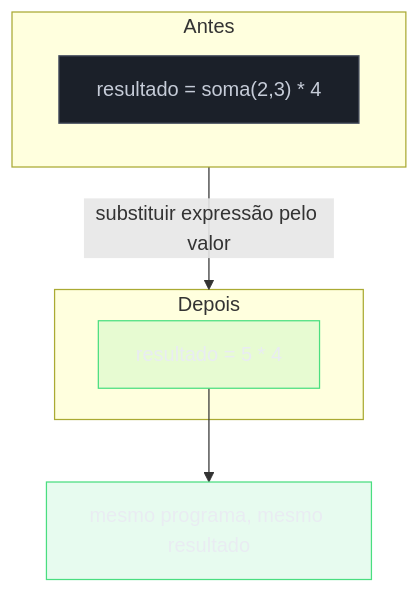
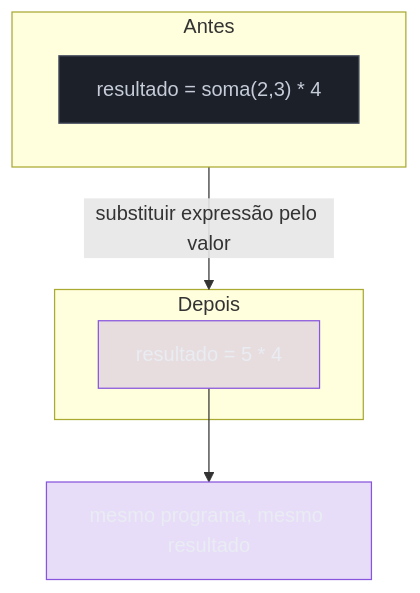
Before and after one commit to josenaldo/codex-technomanticus: the third of 4 diagrams in 03-Dominios/Ciência/Paradigmas/07 - Funções puras e efeitos colaterais.md, drawn with Mermaid. The commit also changed other lines of this file and 601 other files, not shown here.

````diff
--- a/03-Dominios/Ciência/Paradigmas/07 - Funções puras e efeitos colaterais.md
+++ b/03-Dominios/Ciência/Paradigmas/07 - Funções puras e efeitos colaterais.md
@@ -144,17 +143,17 @@
 ```mermaid
 flowchart TB
+    classDef marca fill:#8855DF33,stroke:#8855DF,color:#E9ECF2
     classDef neutro fill:#1B2029,stroke:#4E5666,color:#C6CCD8
-    classDef ok fill:#4ADE8021,stroke:#4ADE80,color:#E9ECF2
     subgraph Antes
         E1["resultado = soma(2,3) * 4"]
     end
     subgraph Depois
         E2["resultado = 5 * 4"]
     end
     Antes -->|substituir expressão pelo valor| Depois
     E2 --> R["mesmo programa, mesmo resultado"]
 
     class E1 neutro
-    class E2 ok
-    class R ok
+    class E2 marca
+    class R marca
 ```
````
